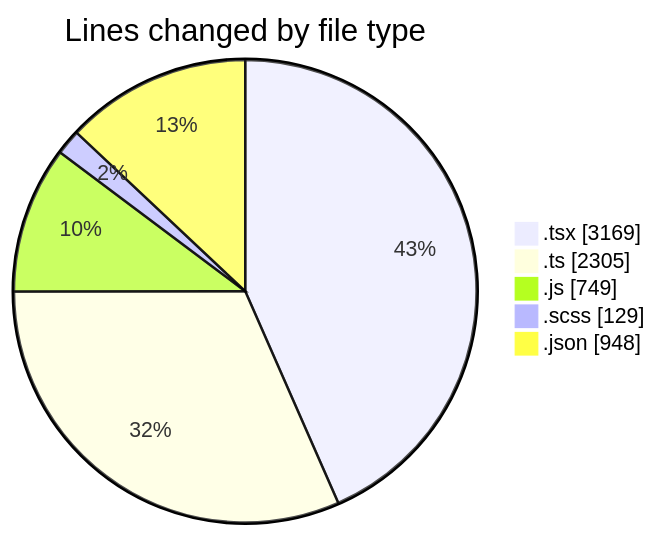
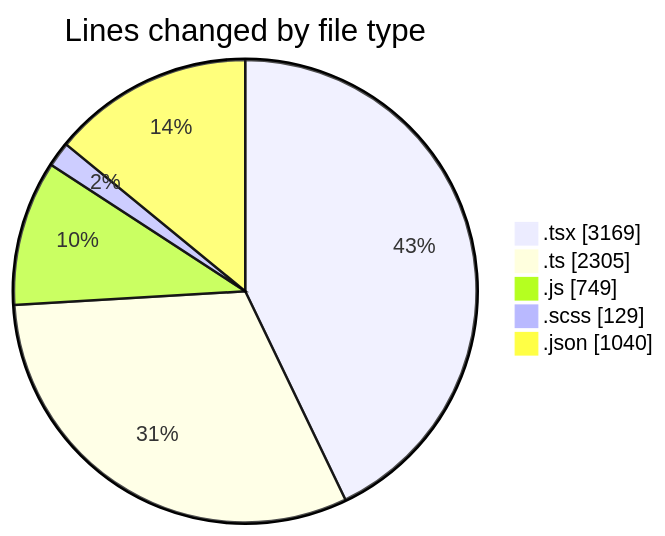
One commit to momahboobian/code-tracking changed the first of 2 diagrams in 2026-06-15/cda/README.md. Above: the diagram before and after it, drawn with Mermaid. The commit also changed other lines of this file and 1 other file, not shown here.

````diff
--- a/2026-06-15/cda/README.md
+++ b/2026-06-15/cda/README.md
@@ -61,9 +61,9 @@
 ```mermaid
 pie showData
 title Lines changed by file type
 ".tsx" : 3169
 ".ts" : 2305
 ".js" : 749
 ".scss" : 129
-".json" : 948
+".json" : 1040
 ```
````
